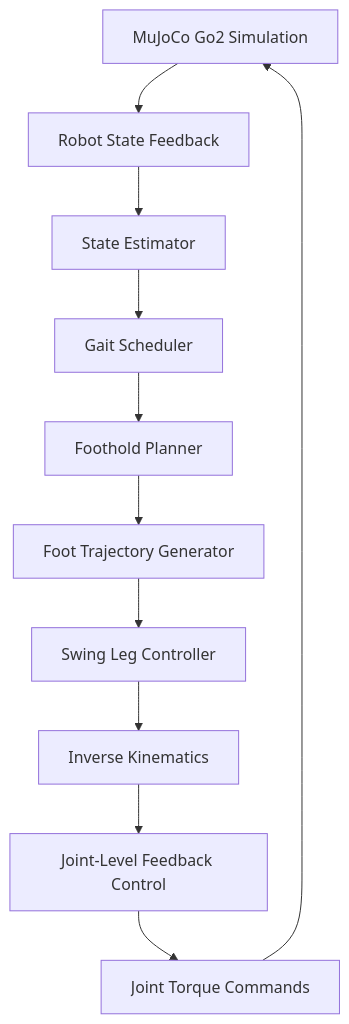
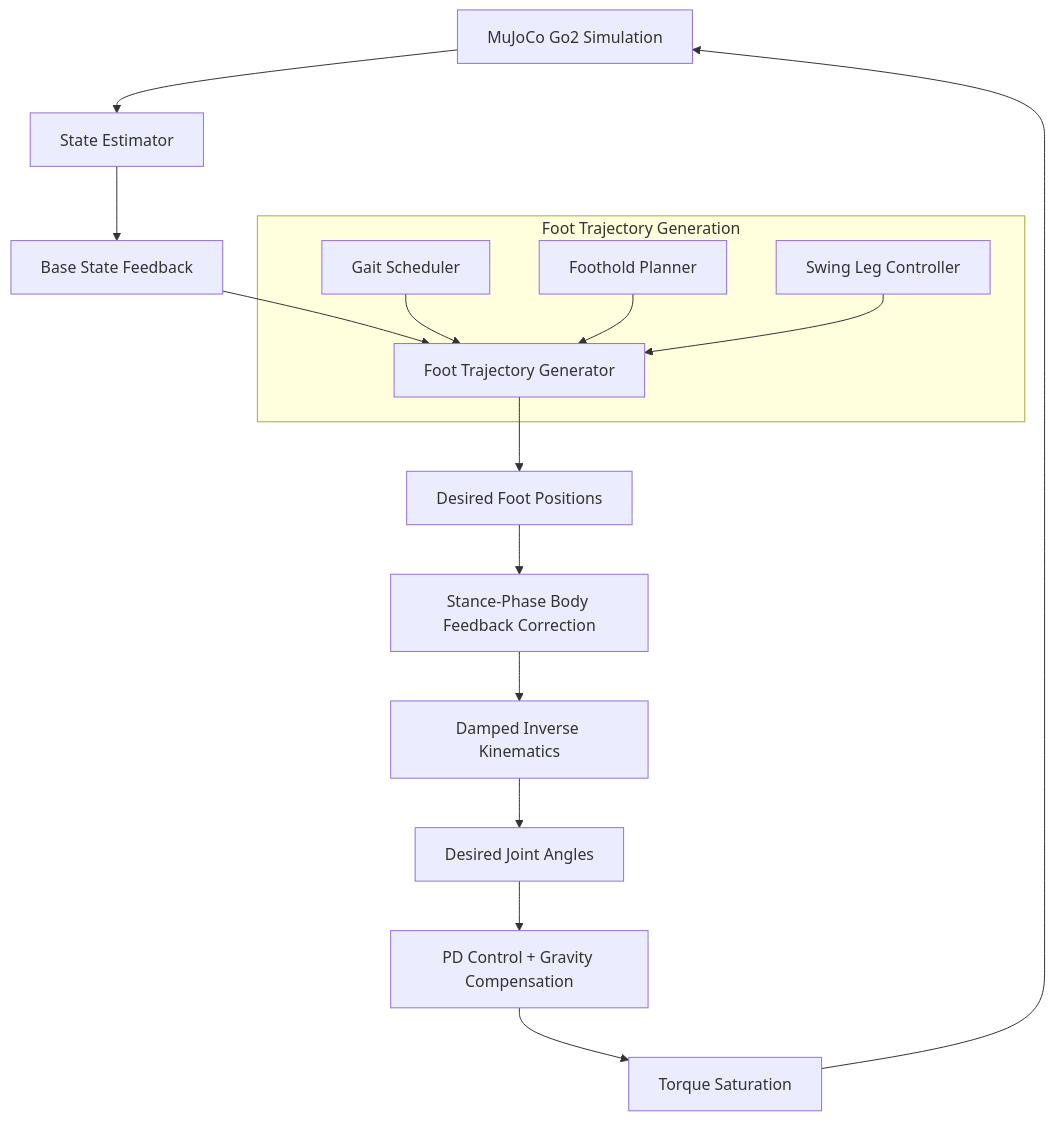
One commit to 2421444784qq-afk/quadruped_locomotion changed the diagram in README.md. Above: the diagram before and after it, drawn with Mermaid.

````diff
--- a/README.md
+++ b/README.md
@@ -286,13 +286,24 @@
 ```mermaid
 flowchart TD
-    A["MuJoCo Go2 Simulation"] --> B["Robot State Feedback"]
-    B --> C["State Estimator"]
-    C --> D["Gait Scheduler"]
-    D --> E["Foothold Planner"]
-    E --> F["Foot Trajectory Generator"]
-    F --> G["Swing Leg Controller"]
-    G --> H["Inverse Kinematics"]
-    H --> I["Joint-Level Feedback Control"]
-    I --> J["Joint Torque Commands"]
-    J --> A
+    A["MuJoCo Go2 Simulation"] --> B["State Estimator"]
+    
+    B --> C["Base State Feedback"]
+    C --> D["Foot Trajectory Generator"]
+    
+    subgraph FTG["Foot Trajectory Generation"]
+        E["Gait Scheduler"]
+        F["Foothold Planner"]
+        G["Swing Leg Controller"]
+        E --> D
+        F --> D
+        G --> D
+    end
+
+    D --> H["Desired Foot Positions"]
+    H --> I["Stance-Phase Body Feedback Correction"]
+    I --> J["Damped Inverse Kinematics"]
+    J --> K["Desired Joint Angles"]
+    K --> L["PD Control + Gravity Compensation"]
+    L --> M["Torque Saturation"]
+    M --> A
 ```
````
